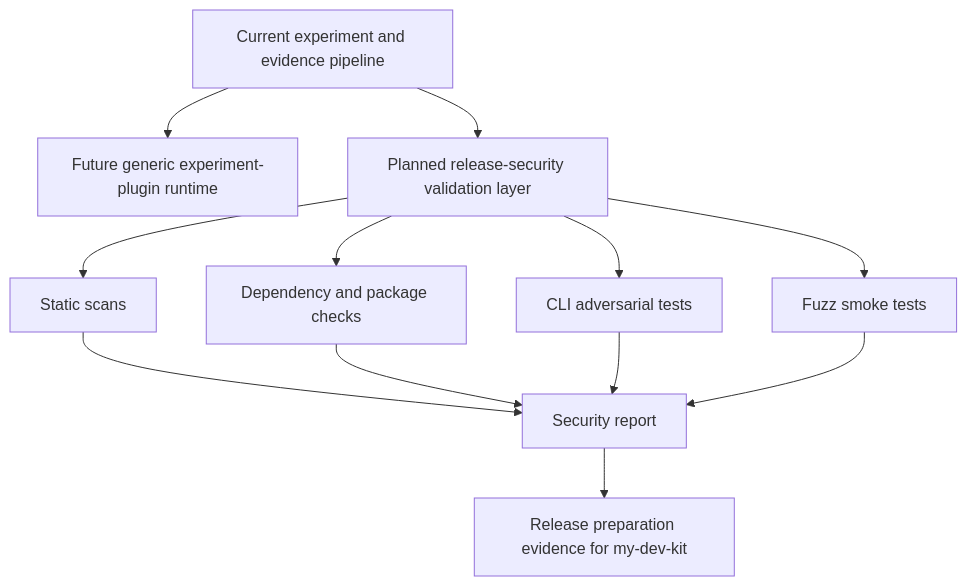
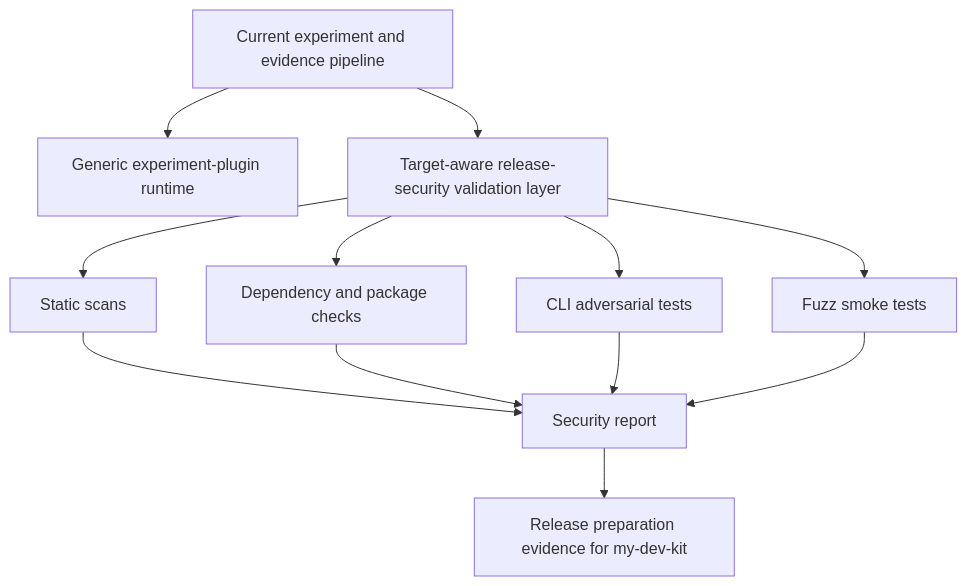
Before and after one commit to dailephd/my-dev-kit-lab: the sixth of 6 diagrams in docs/ARCHITECTURE.md, drawn with Mermaid. The commit also changed other lines of this file, not shown here.

Commit message:
Validate v0.2.0 experiment plugin framework

````diff
--- a/docs/ARCHITECTURE.md
+++ b/docs/ARCHITECTURE.md
@@ -255,14 +255,14 @@
 ```mermaid
 flowchart TD
-  A[Current experiment and evidence pipeline] --> B[Future generic experiment-plugin runtime]
-  A --> C[Planned release-security validation layer]
+  A[Current experiment and evidence pipeline] --> B[Generic experiment-plugin runtime]
+  A --> C[Target-aware release-security validation layer]
   C --> D[Static scans]
   C --> E[Dependency and package checks]
   C --> F[CLI adversarial tests]
   C --> G[Fuzz smoke tests]
   D --> H[Security report]
   E --> H
   F --> H
   G --> H
   H --> I[Release preparation evidence for my-dev-kit]
 ```
````
